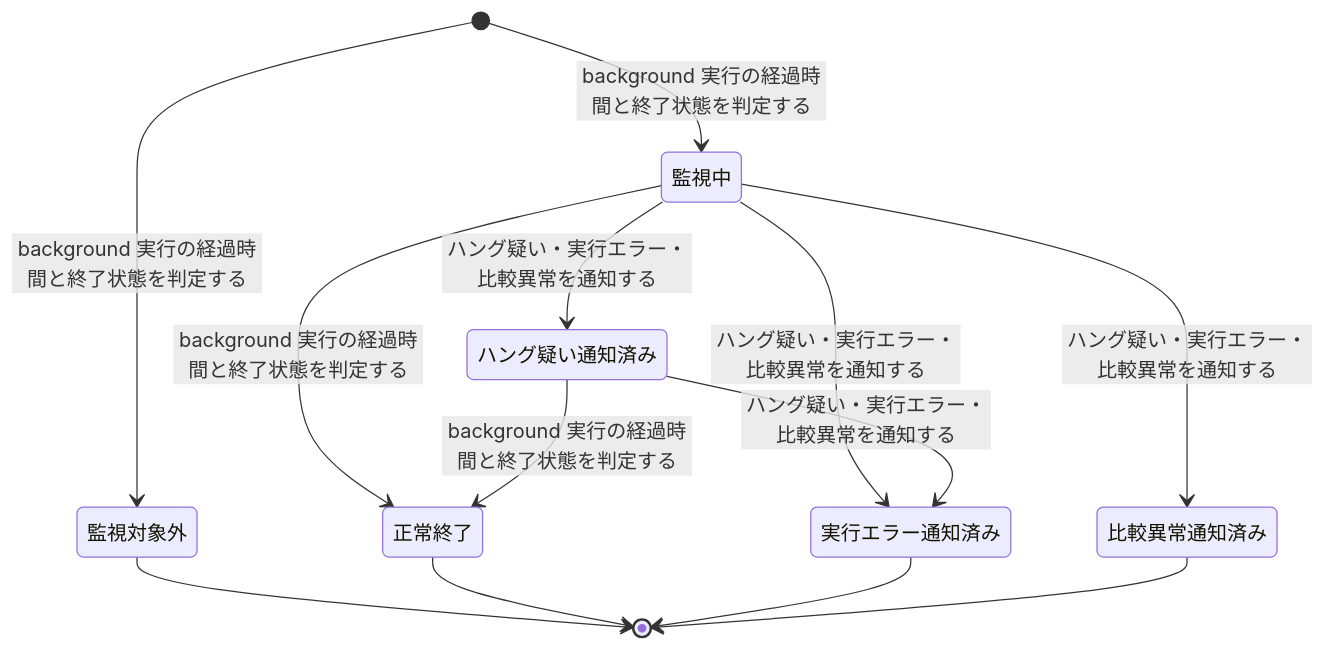
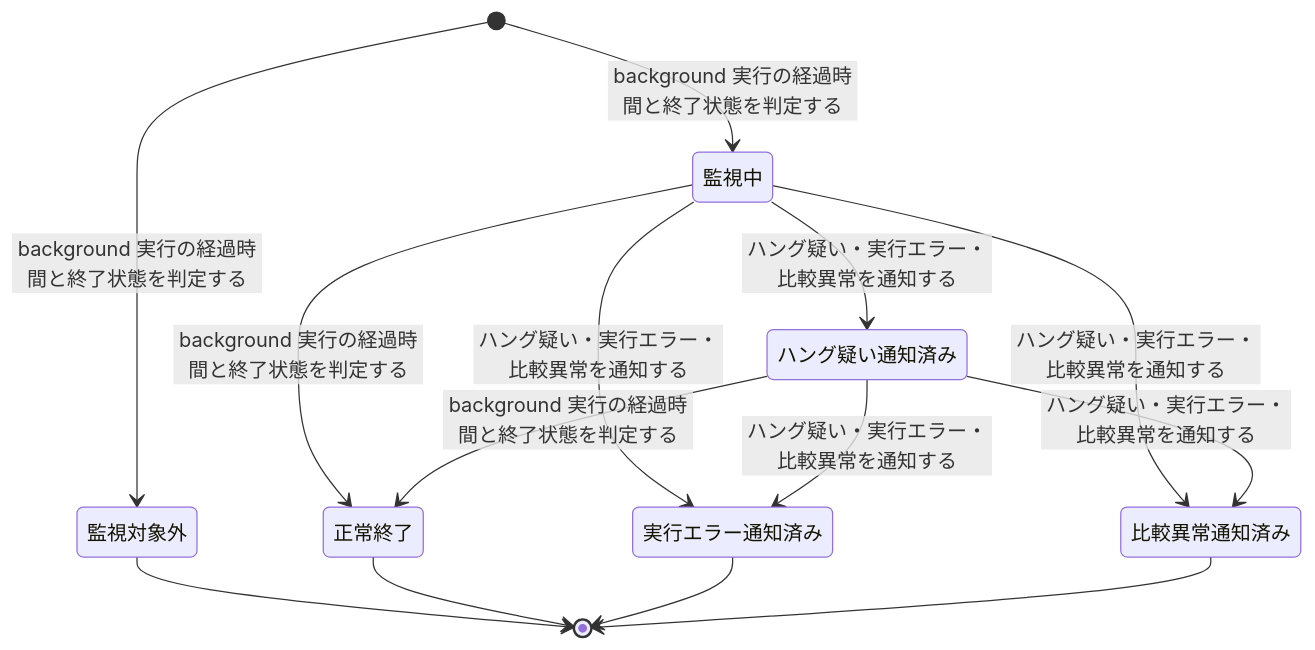
The fifth of 5 diagrams in docs/rdra/latest/views/06_状態モデル.md (suwa-sh/relay-gate), drawn with Mermaid before and after one commit. The commit also changed other lines of this file and 849 other files, not shown here.

````diff
--- a/docs/rdra/latest/views/06_状態モデル.md
+++ b/docs/rdra/latest/views/06_状態モデル.md
@@ -150,21 +160,22 @@
 ```mermaid
 stateDiagram-v2
   s1 : 監視対象外
   s2 : 監視中
   s3 : ハング疑い通知済み
   s4 : 実行エラー通知済み
   s5 : 比較異常通知済み
   s6 : 正常終了
   [*] --> s1 : background 実行の経過時間と終了状態を判定する
   [*] --> s2 : background 実行の経過時間と終了状態を判定する
   s2 --> s3 : ハング疑い・実行エラー・比較異常を通知する
   s2 --> s4 : ハング疑い・実行エラー・比較異常を通知する
   s2 --> s5 : ハング疑い・実行エラー・比較異常を通知する
   s2 --> s6 : background 実行の経過時間と終了状態を判定する
   s3 --> s6 : background 実行の経過時間と終了状態を判定する
   s3 --> s4 : ハング疑い・実行エラー・比較異常を通知する
+  s3 --> s5 : ハング疑い・実行エラー・比較異常を通知する
   s1 --> [*]
   s6 --> [*]
   s4 --> [*]
   s5 --> [*]
 ```
````
